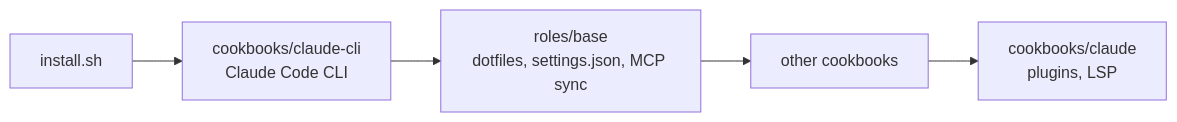
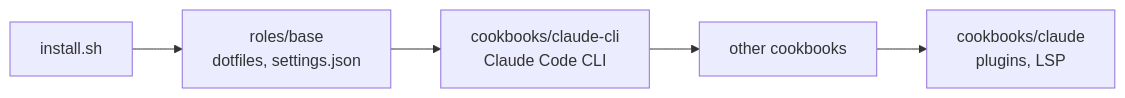
The first of 10 diagrams in README.md (Tyaba/dotfiles), drawn with Mermaid before and after one commit. The commit also changed other lines of this file and 4 other files, not shown here.

First line of the commit message:
fix(recipe): restore the sudo user's HOME and install Claude Code CLI right after roles/base (#115)

````diff
--- a/README.md
+++ b/README.md
@@ -40,7 +42,7 @@
 ```mermaid
 flowchart LR
-    A[install.sh] --> B[cookbooks/claude-cli<br/>Claude Code CLI]
-    B --> C[roles/base<br/>dotfiles, settings.json, MCP sync]
+    A[install.sh] --> B[roles/base<br/>dotfiles, settings.json]
+    B --> C[cookbooks/claude-cli<br/>Claude Code CLI]
     C --> D[other cookbooks]
     D --> E[cookbooks/claude<br/>plugins, LSP]
 ```
````
